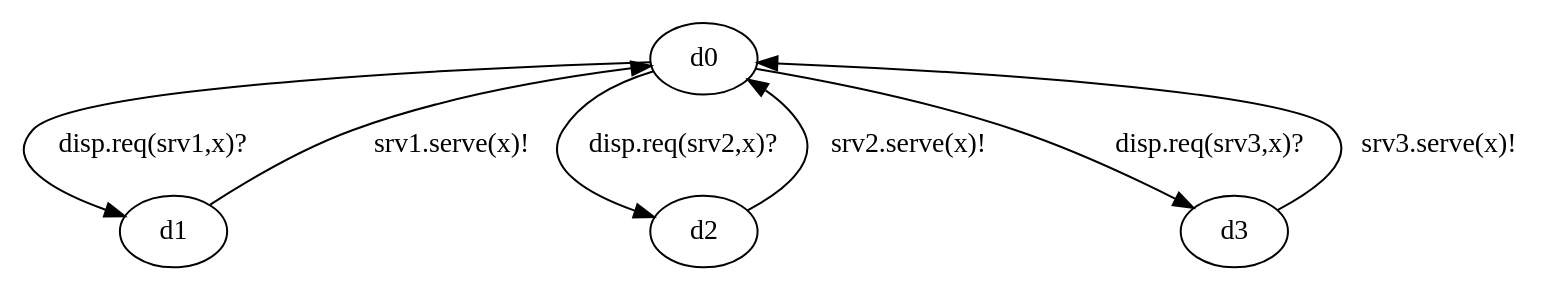
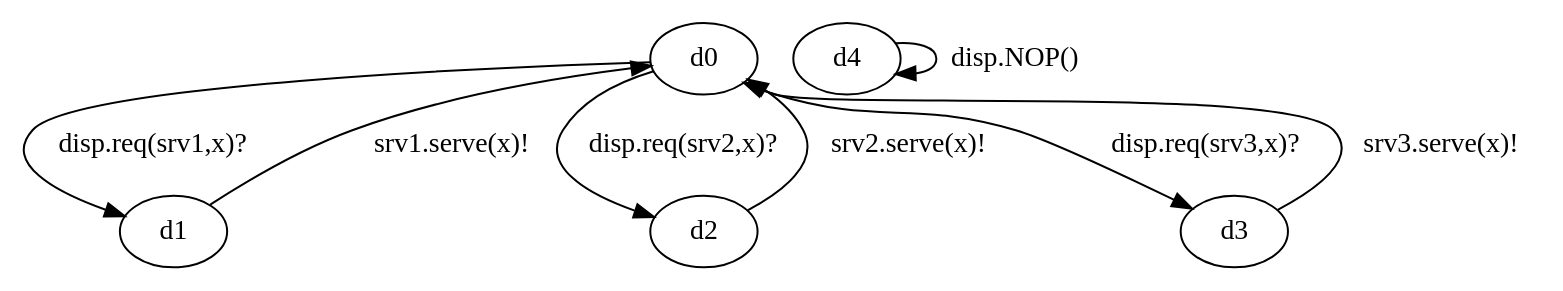
The diagram in inputs/dispatcher.dot (nargeskh/ControllerSynthesis), drawn with Graphviz before and after one commit. The commit also changed 89 other files, not shown here.

```diff
--- a/inputs/dispatcher.dot
+++ b/inputs/dispatcher.dot
@@ -1,3 +1,3 @@
 digraph { 
-d0->d1[label= "disp.req(srv1,x)?"];d1->d0[label= "srv1.serve(x)!"];d0->d2[label= "disp.req(srv2,x)?"];d2->d0[label= "srv2.serve(x)!"];d0->d3[label= "disp.req(srv3,x)?"];d3->d0[label= "srv3.serve(x)!"];
+d0->d1[label= "disp.req(srv1,x)?"];d1->d0[label= "srv1.serve(x)!"];d0->d2[label= "disp.req(srv2,x)?"];d2->d0[label= "srv2.serve(x)!"];d0->d3[label= "disp.req(srv3,x)?"];d3->d0[label= "srv3.serve(x)!"];d4->d4[label= "disp.NOP()"];
 }
```
